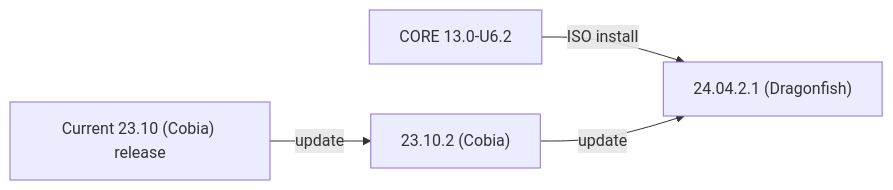
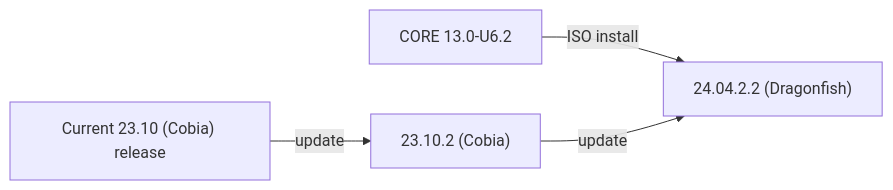
Before and after one commit to truenas/documentation: the second of 2 diagrams in static/includes/SCALEUpgradePaths.md, drawn with Mermaid. The commit also changed other lines of this file and 3 other files, not shown here.

```diff
--- a/static/includes/SCALEUpgradePaths.md
+++ b/static/includes/SCALEUpgradePaths.md
@@ -24,7 +24,7 @@
       {{< mermaid class="mermaid_sizing" >}}
       flowchart LR
         A["CORE 13.0-U6.2"] -->|ISO install| D
         B["Current 23.10 (Cobia) release"] -->|update| C
         C["23.10.2 (Cobia)"] -->|update| D
-        D["24.04.2.1 (Dragonfish)"]
+        D["24.04.2.2 (Dragonfish)"]
       {{< /mermaid >}}
```
